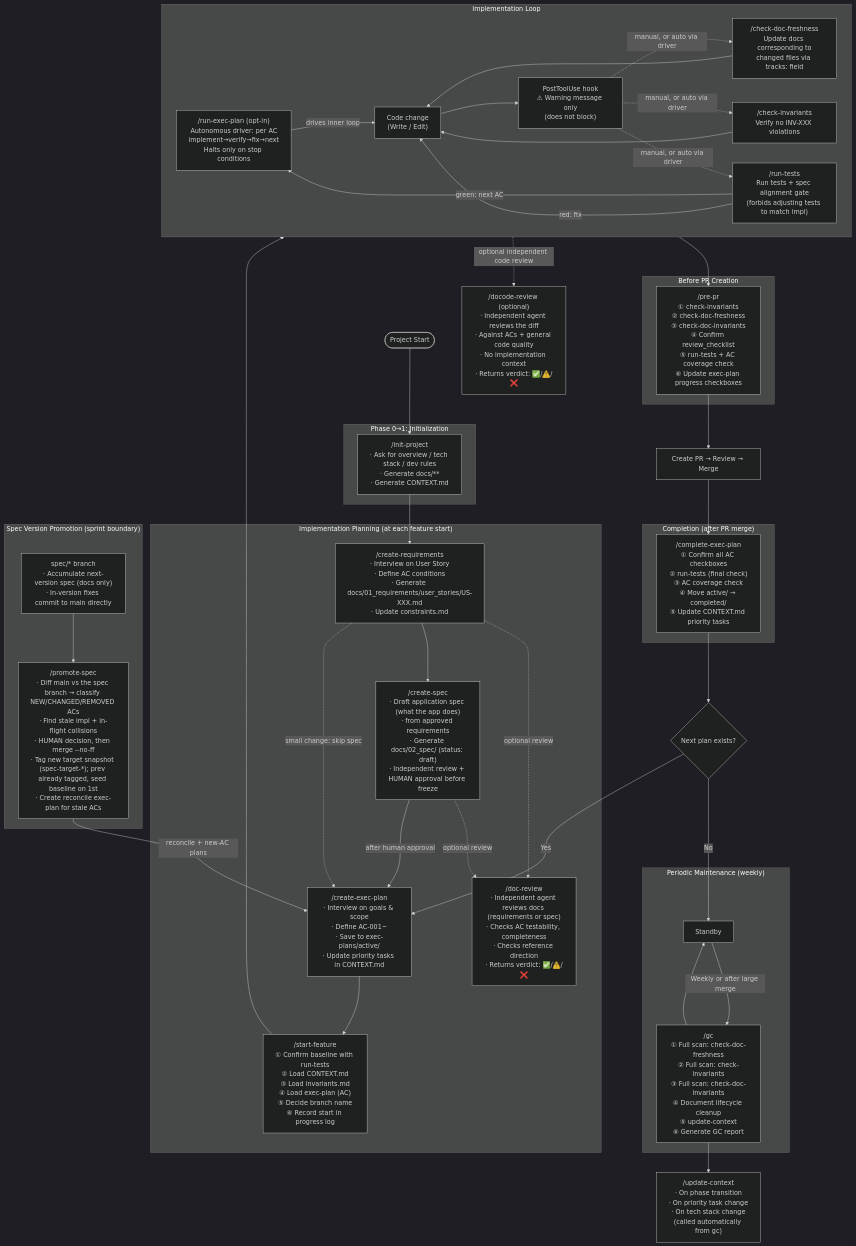
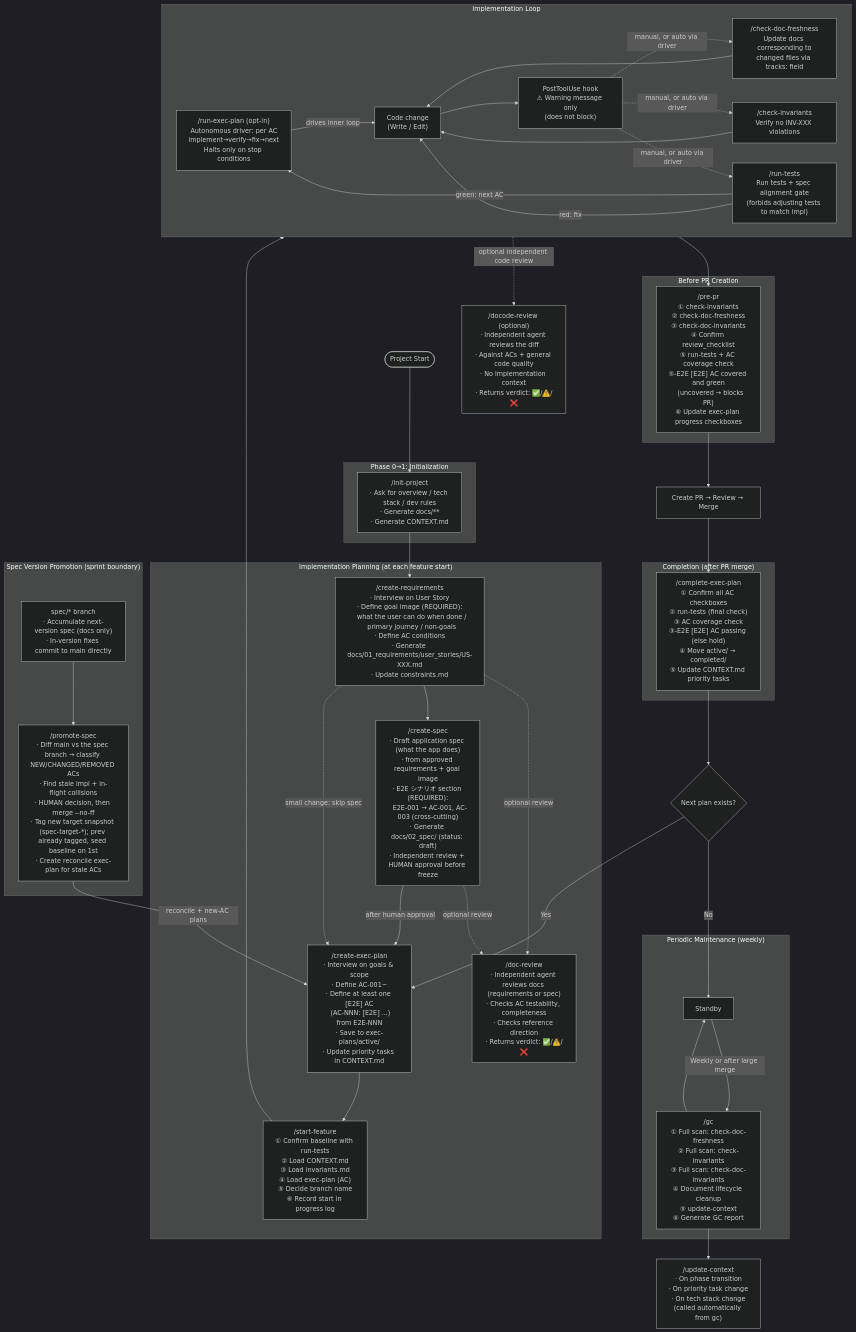
Before and after one commit to aki-senri/DocDDTemplate: the first of 2 diagrams in SKILL_FLOW.md, drawn with Mermaid (dark theme). The commit also changed other lines of this file and 5 other files, not shown here.

```diff
--- a/SKILL_FLOW.md
+++ b/SKILL_FLOW.md
@@ -19,15 +19,15 @@
     INIT --> REQ
 
     subgraph PLAN_PHASE["Implementation Planning (at each feature start)"]
-        REQ["/create-requirements\n· Interview on User Story\n· Define AC conditions\n· Generate docs/01_requirements/user_stories/US-XXX.md\n· Update constraints.md"]
+        REQ["/create-requirements\n· Interview on User Story\n· Define goal image (REQUIRED):\n  what the user can do when done /\n  primary journey / non-goals\n· Define AC conditions\n· Generate docs/01_requirements/user_stories/US-XXX.md\n· Update constraints.md"]
         REQ -.->|optional review| DR
         DR["/doc-review\n· Independent agent reviews docs (requirements or spec)\n· Checks AC testability, completeness\n· Checks reference direction\n· Returns verdict: ✅/⚠️/❌"]
-        SPEC["/create-spec\n· Draft application spec (what the app does)\n· from approved requirements\n· Generate docs/02_spec/ (status: draft)\n· Independent review + HUMAN approval before freeze"]
+        SPEC["/create-spec\n· Draft application spec (what the app does)\n· from approved requirements + goal image\n· E2E シナリオ section (REQUIRED):\n  E2E-001 → AC-001, AC-003 (cross-cutting)\n· Generate docs/02_spec/ (status: draft)\n· Independent review + HUMAN approval before freeze"]
         REQ --> SPEC
         SPEC -.->|optional review| DR
         SPEC -->|after human approval| PLAN
         REQ -.->|small change: skip spec| PLAN
-        PLAN["/create-exec-plan\n· Interview on goals & scope\n· Define AC-001~\n· Save to exec-plans/active/\n· Update priority tasks in CONTEXT.md"]
+        PLAN["/create-exec-plan\n· Interview on goals & scope\n· Define AC-001~\n· Define at least one [E2E] AC\n  (AC-NNN: [E2E] ...) from E2E-NNN\n· Save to exec-plans/active/\n· Update priority tasks in CONTEXT.md"]
         PLAN --> SF
         SF["/start-feature\n① Confirm baseline with run-tests\n② Load CONTEXT.md\n③ Load invariants.md\n④ Load exec-plan (AC)\n⑤ Decide branch name\n⑥ Record start in progress log"]
     end
@@ -58,7 +58,7 @@
     DCR["/docode-review (optional)\n· Independent agent reviews the diff\n· Against ACs + general code quality\n· No implementation context\n· Returns verdict: ✅/⚠️/❌"]
 
     subgraph PREPR_PHASE["Before PR Creation"]
-        PREPR["/pre-pr\n① check-invariants\n② check-doc-freshness\n③ check-doc-invariants\n④ Confirm review_checklist\n⑤ run-tests + AC coverage check\n⑥ Update exec-plan progress checkboxes"]
+        PREPR["/pre-pr\n① check-invariants\n② check-doc-freshness\n③ check-doc-invariants\n④ Confirm review_checklist\n⑤ run-tests + AC coverage check\n⑤-E2E [E2E] AC covered and green\n   (uncovered → blocks PR)\n⑥ Update exec-plan progress checkboxes"]
     end
 
     PREPR --> PR
@@ -66,7 +66,7 @@
     PR --> COMPLETE
 
     subgraph COMPLETE_PHASE["Completion (after PR merge)"]
-        COMPLETE["/complete-exec-plan\n① Confirm all AC checkboxes\n② run-tests (final check)\n③ AC coverage check\n④ Move active/ → completed/\n⑤ Update CONTEXT.md priority tasks"]
+        COMPLETE["/complete-exec-plan\n① Confirm all AC checkboxes\n② run-tests (final check)\n③ AC coverage check\n③-E2E [E2E] AC passing (else hold)\n④ Move active/ → completed/\n⑤ Update CONTEXT.md priority tasks"]
     end
 
     COMPLETE --> NEXT
```
